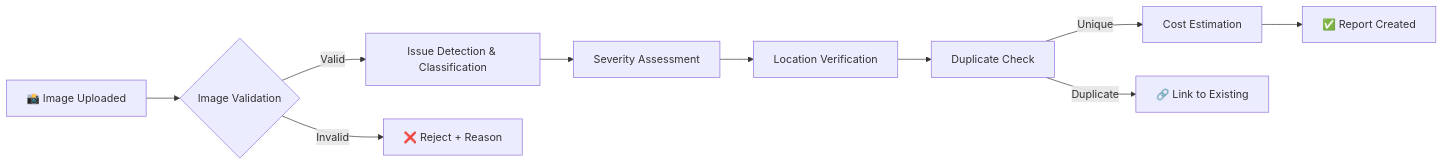
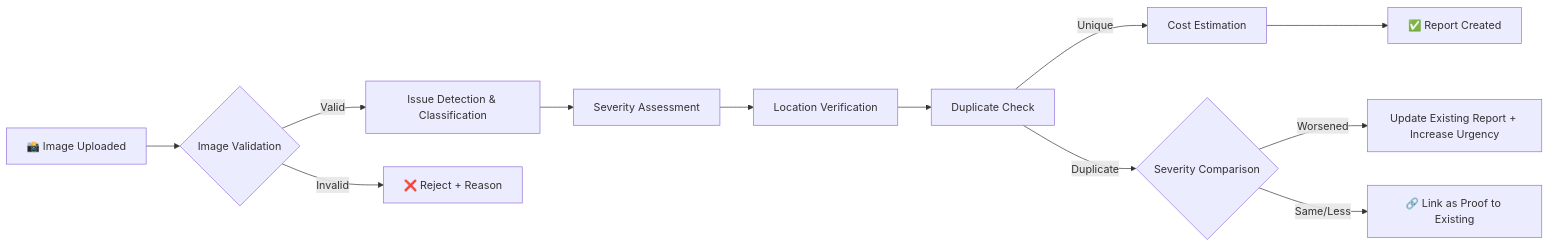
Before and after one commit to Adwaid-nair/CivicAI: the second of 4 diagrams in current plan/implementation_plan.md, drawn with Mermaid. The commit also changed other lines of this file and 136 other files, not shown here.

````diff
--- a/current plan/implementation_plan.md
+++ b/current plan/implementation_plan.md
@@ -159,12 +164,14 @@
 ```mermaid
 flowchart LR
     A[📸 Image Uploaded] --> B{Image Validation}
     B -->|Valid| C[Issue Detection & Classification]
     B -->|Invalid| D[❌ Reject + Reason]
     C --> E[Severity Assessment]
     E --> F[Location Verification]
     F --> G[Duplicate Check]
     G -->|Unique| H[Cost Estimation]
-    G -->|Duplicate| I[🔗 Link to Existing]
-    H --> J[✅ Report Created]
+    G -->|Duplicate| I{Severity Comparison}
+    I -->|Worsened| J[Update Existing Report + Increase Urgency]
+    I -->|Same/Less| K[🔗 Link as Proof to Existing]
+    H --> L[✅ Report Created]
 ```
````
